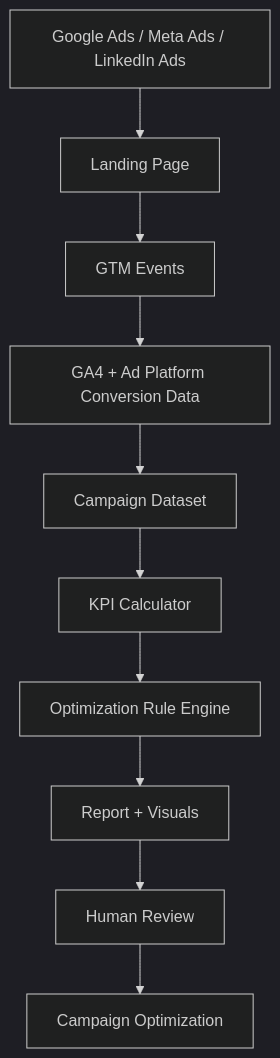
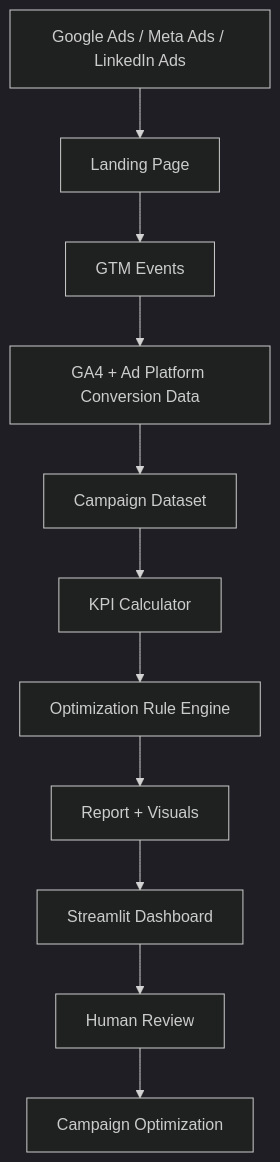
Before and after one commit to vaishnavkadhao/ai-performance-marketing-automation-lab: the second of 3 diagrams in README.md, drawn with Mermaid (dark theme). The commit also changed other lines of this file, not shown here.

Commit message:
Add Streamlit dashboard screenshots to README

````diff
--- a/README.md
+++ b/README.md
@@ -80,12 +93,13 @@
 ```mermaid
 flowchart TD
     A[Google Ads / Meta Ads / LinkedIn Ads] --> B[Landing Page]
     B --> C[GTM Events]
     C --> D[GA4 + Ad Platform Conversion Data]
     D --> E[Campaign Dataset]
     E --> F[KPI Calculator]
     F --> G[Optimization Rule Engine]
     G --> H[Report + Visuals]
-    H --> I[Human Review]
-    I --> J[Campaign Optimization]
+    H --> I[Streamlit Dashboard]
+    I --> J[Human Review]
+    J --> K[Campaign Optimization]
 ```
````
